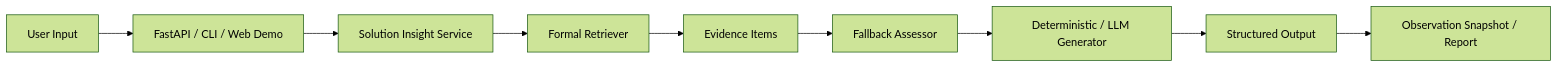
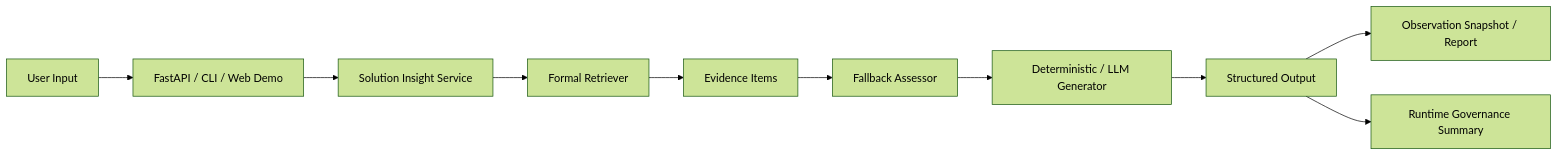
One commit to Martin-DLC/AI-Solution-Sales-Insight-Agent changed the first of 2 diagrams in docs/ARCHITECTURE_OVERVIEW.md. Above: the diagram before and after it, drawn with Mermaid (forest theme). The commit also changed other lines of this file and 10 other files, not shown here.

Commit message:
docs: close runtime governance v0.1 enterprise delivery

````diff
--- a/docs/ARCHITECTURE_OVERVIEW.md
+++ b/docs/ARCHITECTURE_OVERVIEW.md
@@ -15,11 +16,12 @@
 ```mermaid
 flowchart LR
     U[User Input] --> A[FastAPI / CLI / Web Demo]
     A --> B[Solution Insight Service]
     B --> C[Formal Retriever]
     C --> D[Evidence Items]
     D --> E[Fallback Assessor]
     E --> F[Deterministic / LLM Generator]
     F --> G[Structured Output]
     G --> M[Observation Snapshot / Report]
+    G --> N[Runtime Governance Summary]
 ```
````
